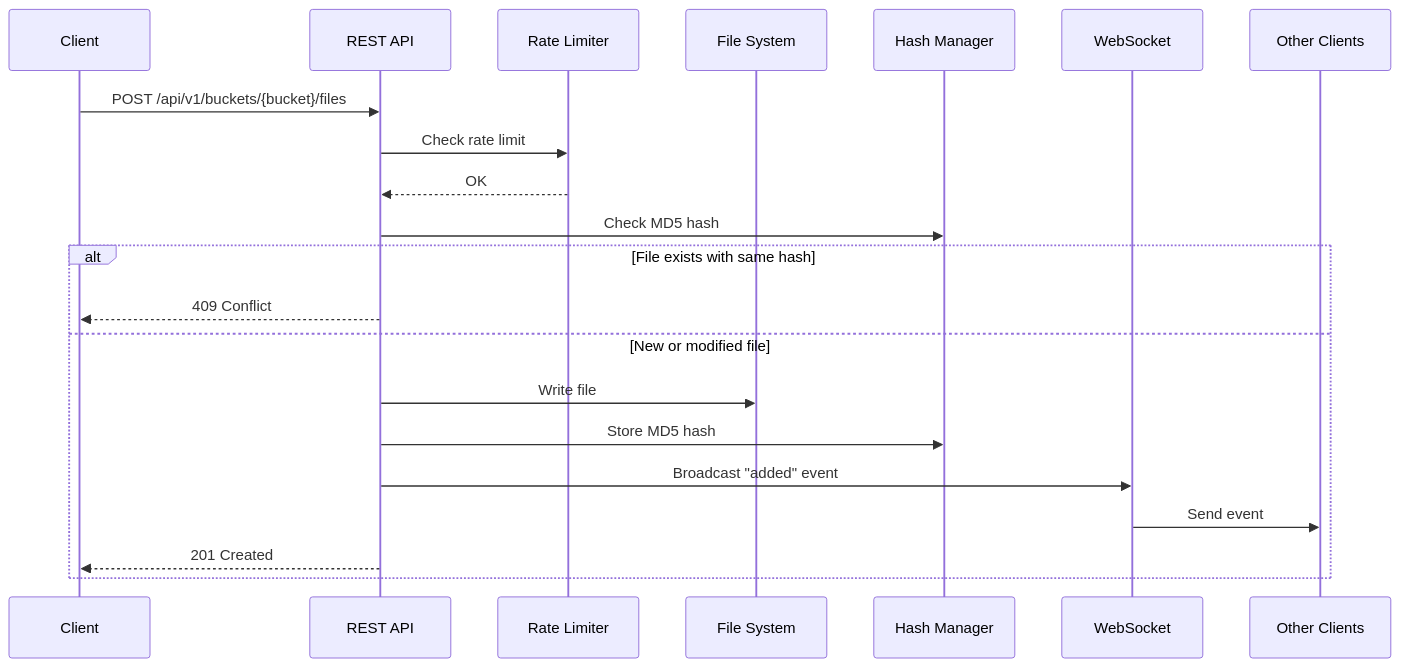
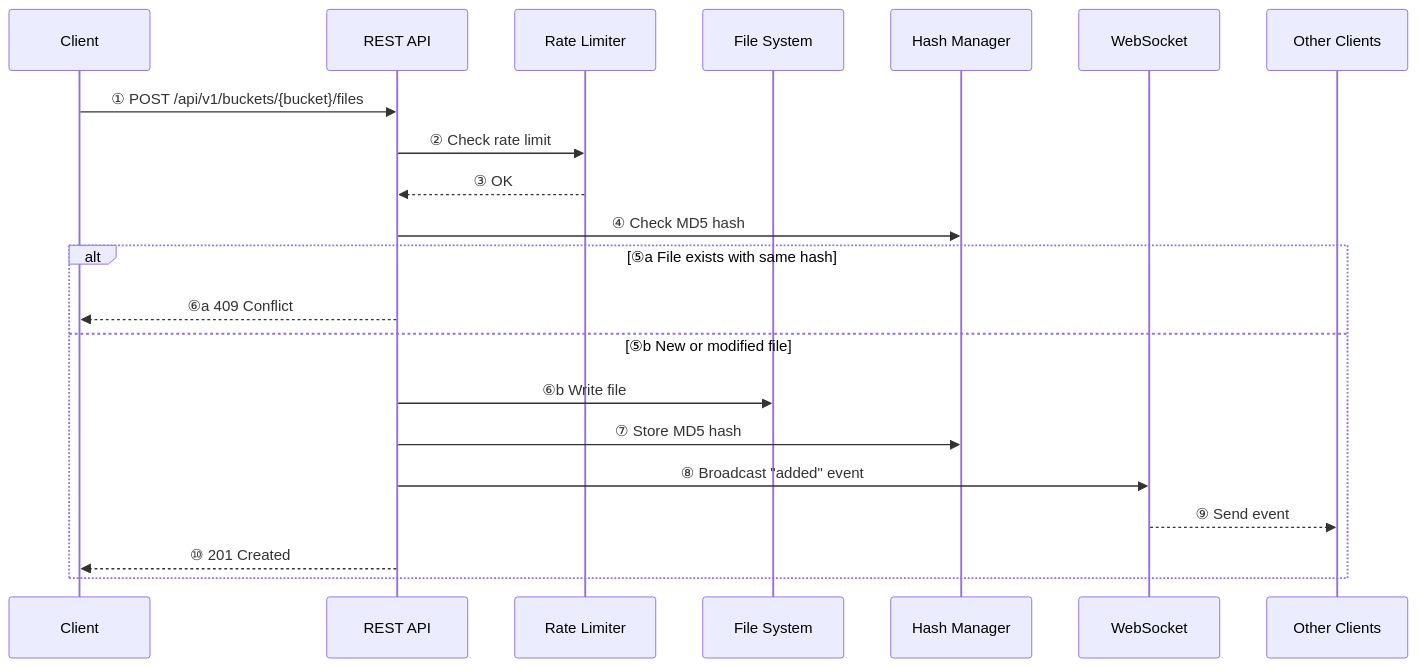
The third of 4 diagrams in docs/architecture.md (albertsdk/hsync-server), drawn with Mermaid before and after one commit. The commit also changed other lines of this file and 17 other files, not shown here.

First line of the commit message:
Add numbered phases to documentation diagrams

````diff
--- a/docs/architecture.md
+++ b/docs/architecture.md
@@ -114,24 +114,24 @@
 ```mermaid
 sequenceDiagram
     participant C as Client
     participant API as REST API
     participant RL as Rate Limiter
     participant FS as File System
     participant HM as Hash Manager
     participant WS as WebSocket
     participant OC as Other Clients
 
-    C->>API: POST /api/v1/buckets/{bucket}/files
-    API->>RL: Check rate limit
-    RL-->>API: OK
-    API->>HM: Check MD5 hash
-    alt File exists with same hash
-        API-->>C: 409 Conflict
-    else New or modified file
-        API->>FS: Write file
-        API->>HM: Store MD5 hash
-        API->>WS: Broadcast "added" event
-        WS->>OC: Send event
-        API-->>C: 201 Created
+    C->>API: ① POST /api/v1/buckets/{bucket}/files
+    API->>RL: ② Check rate limit
+    RL-->>API: ③ OK
+    API->>HM: ④ Check MD5 hash
+    alt ⑤a File exists with same hash
+        API-->>C: ⑥a 409 Conflict
+    else ⑤b New or modified file
+        API->>FS: ⑥b Write file
+        API->>HM: ⑦ Store MD5 hash
+        API->>WS: ⑧ Broadcast "added" event
+        WS-->>OC: ⑨ Send event
+        API-->>C: ⑩ 201 Created
     end
 ```
````
